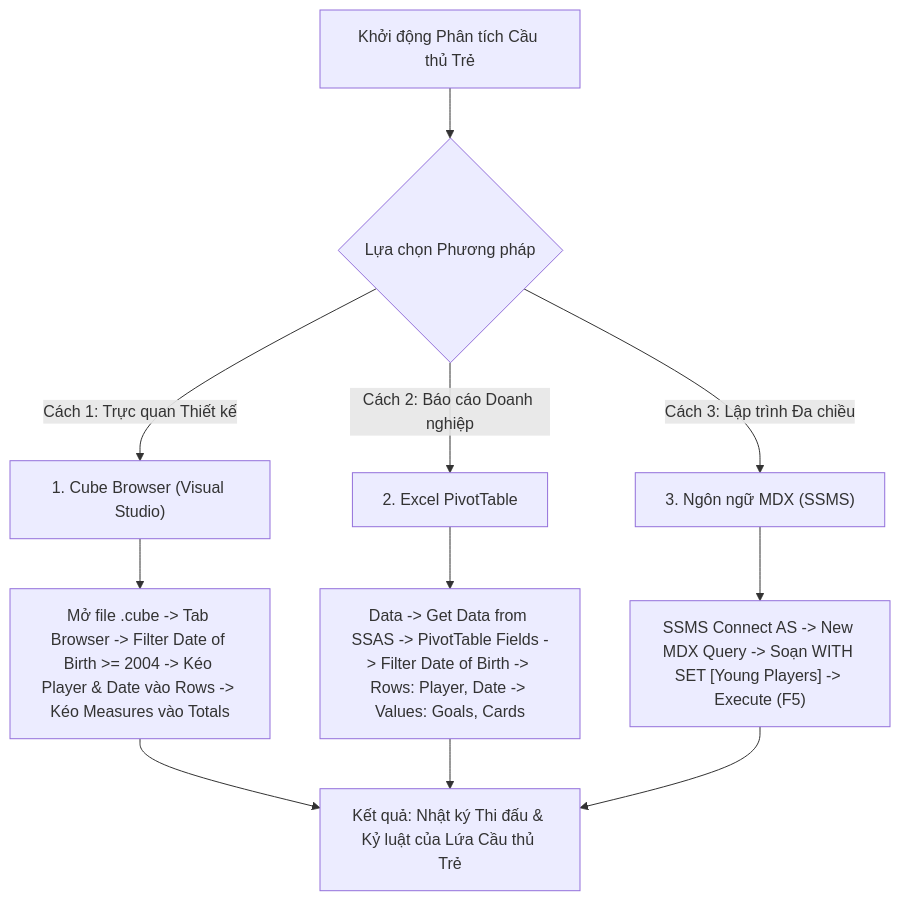
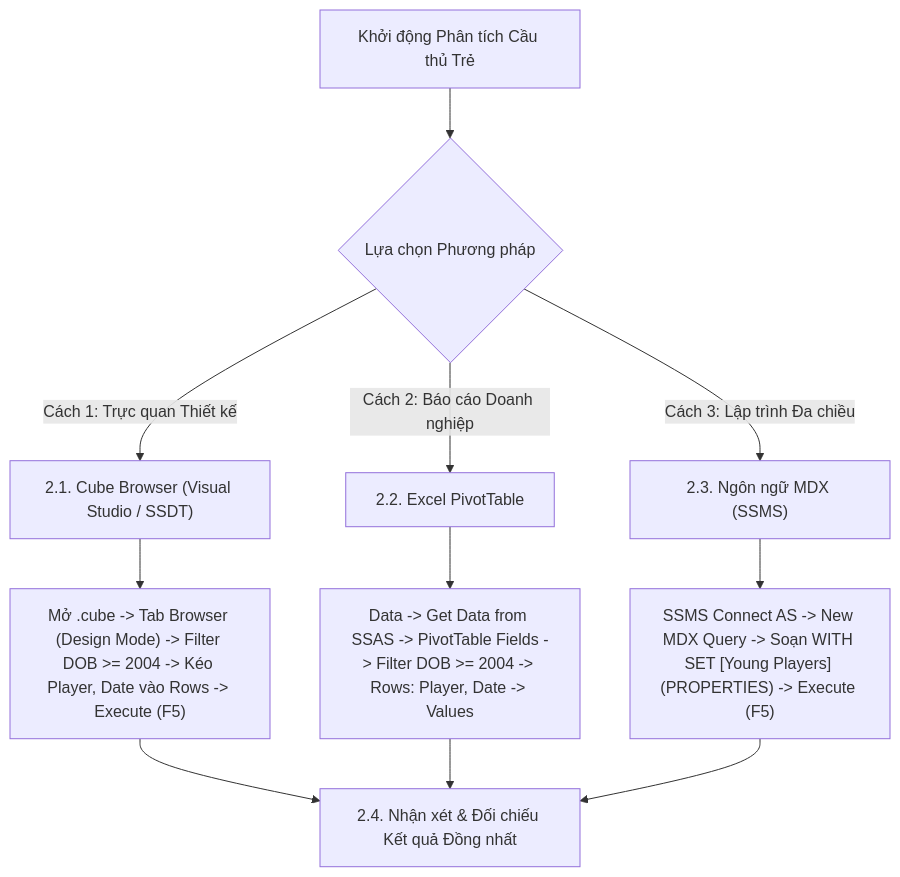
Before and after one commit to snowflake-vibing/Kho_du_lieu_OLAP: the diagram in mdx/query_15.md, drawn with Mermaid. The commit also changed other lines of this file and 9 other files, not shown here.

Commit message:
docs(mdx): dong bo quy trinh 3 phuong phap va bang doi chieu cho query 06 den 15

````diff
--- a/mdx/query_15.md
+++ b/mdx/query_15.md
@@ -40,16 +41,16 @@
 ```mermaid
 flowchart TD
     Start["Khởi động Phân tích Cầu thủ Trẻ"] --> Choice{"Lựa chọn Phương pháp"}
 
-    Choice -->|"Cách 1: Trực quan Thiết kế"| CB["1. Cube Browser (Visual Studio)"]
-    Choice -->|"Cách 2: Báo cáo Doanh nghiệp"| Excel["2. Excel PivotTable"]
-    Choice -->|"Cách 3: Lập trình Đa chiều"| MDX["3. Ngôn ngữ MDX (SSMS)"]
+    Choice -->|"Cách 1: Trực quan Thiết kế"| CB["2.1. Cube Browser (Visual Studio / SSDT)"]
+    Choice -->|"Cách 2: Báo cáo Doanh nghiệp"| Excel["2.2. Excel PivotTable"]
+    Choice -->|"Cách 3: Lập trình Đa chiều"| MDX["2.3. Ngôn ngữ MDX (SSMS)"]
 
-    CB --> CB_Step["Mở file .cube -> Tab Browser -> Filter Date of Birth >= 2004 -> Kéo Player & Date vào Rows -> Kéo Measures vào Totals"]
-    Excel --> Excel_Step["Data -> Get Data from SSAS -> PivotTable Fields -> Filter Date of Birth -> Rows: Player, Date -> Values: Goals, Cards"]
-    MDX --> MDX_Step["SSMS Connect AS -> New MDX Query -> Soạn WITH SET [Young Players] -> Execute (F5)"]
+    CB --> CB_Step["Mở .cube -> Tab Browser (Design Mode) -> Filter DOB >= 2004 -> Kéo Player, Date vào Rows -> Execute (F5)"]
+    Excel --> Excel_Step["Data -> Get Data from SSAS -> PivotTable Fields -> Filter DOB >= 2004 -> Rows: Player, Date -> Values"]
+    MDX --> MDX_Step["SSMS Connect AS -> New MDX Query -> Soạn WITH SET [Young Players] (PROPERTIES) -> Execute (F5)"]
 
-    CB_Step --> Finish["Kết quả: Nhật ký Thi đấu & Kỷ luật của Lứa Cầu thủ Trẻ"]
+    CB_Step --> Finish["2.4. Nhận xét & Đối chiếu Kết quả Đồng nhất"]
     Excel_Step --> Finish
     MDX_Step --> Finish
 ```
````
